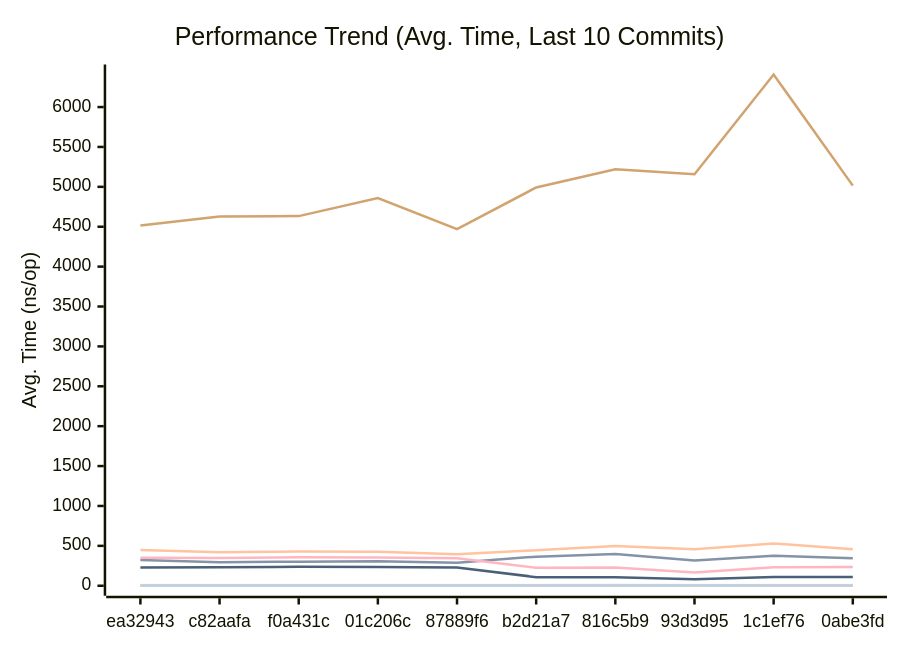
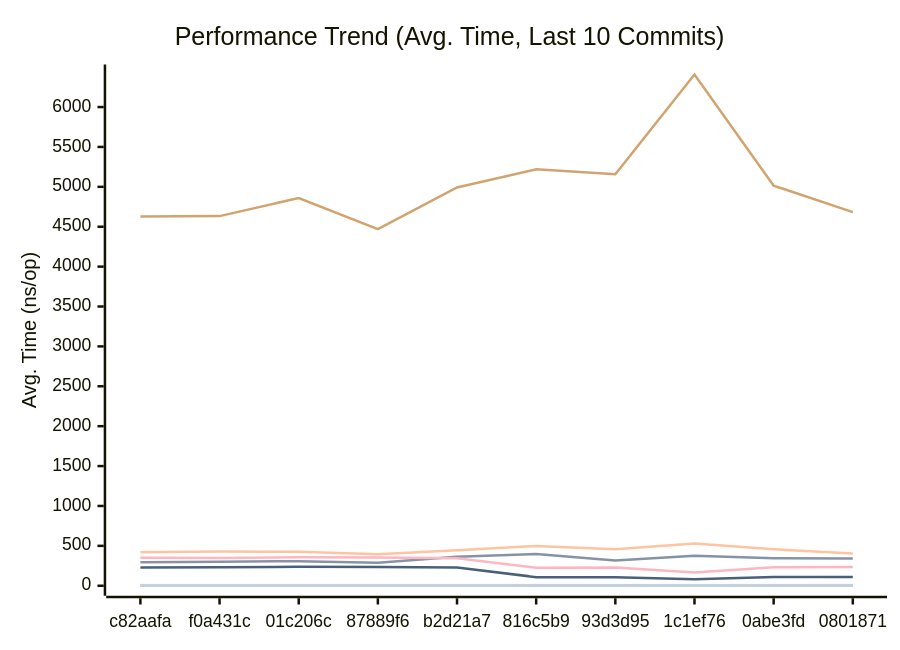
One commit to alsotoes/momo changed the first of 3 diagrams in docs/PERFORMANCE.md. Above: the diagram before and after it, drawn with Mermaid. The commit also changed other lines of this file and 2 other files, not shown here.

````diff
--- a/docs/PERFORMANCE.md
+++ b/docs/PERFORMANCE.md
@@ -80,16 +80,16 @@
 ```mermaid
 xychart-beta
     title "Performance Trend (Avg. Time, Last 10 Commits)"
     x-axis "Commit"
     y-axis "Avg. Time (ns/op)"
-    x-axis [ea32943,c82aafa,f0a431c,01c206c,87889f6,b2d21a7,816c5b9,93d3d95,1c1ef76,0abe3fd]
-    line "CheckMetricsAndSwap" [8,8,10,9,9,9,11,8,8,8]
-    line "CrushOptimized" [324,295,302,308,289,365,398,317,376,346]
-    line "CrushOriginal" [449,419,429,427,396,445,499,458,531,458]
-    line "IndexDirectTracking" [0,0,0,0,0,0,0,0,0,0]
+    x-axis [c82aafa,f0a431c,01c206c,87889f6,b2d21a7,816c5b9,93d3d95,1c1ef76,0abe3fd,0801871]
+    line "CheckMetricsAndSwap" [8,10,9,9,9,11,8,8,8,11]
+    line "CrushOptimized" [295,302,308,289,365,398,317,376,346,342]
+    line "CrushOriginal" [419,429,427,396,445,499,458,531,458,405]
+    line "IndexDirectTracking" [0,0,0,0,0,0,0,0,0,1]
     line "IndexSearch" [2,2,2,2,2,2,2,2,2,2]
-    line "LoadGlobalConfig" [4514,4627,4633,4860,4471,4992,5220,5157,6408,5015]
+    line "LoadGlobalConfig" [4627,4633,4860,4471,4992,5220,5157,6408,5015,4683]
     line "PadString" [2,2,2,2,2,2,2,2,2,2]
     line "ParseReplicationOrder_NoPrealloc" [350,349,357,354,345,225,229,165,232,234]
     line "ParseReplicationOrder_Prealloc" [229,231,237,234,229,108,107,80,110,109]
 ```
````
